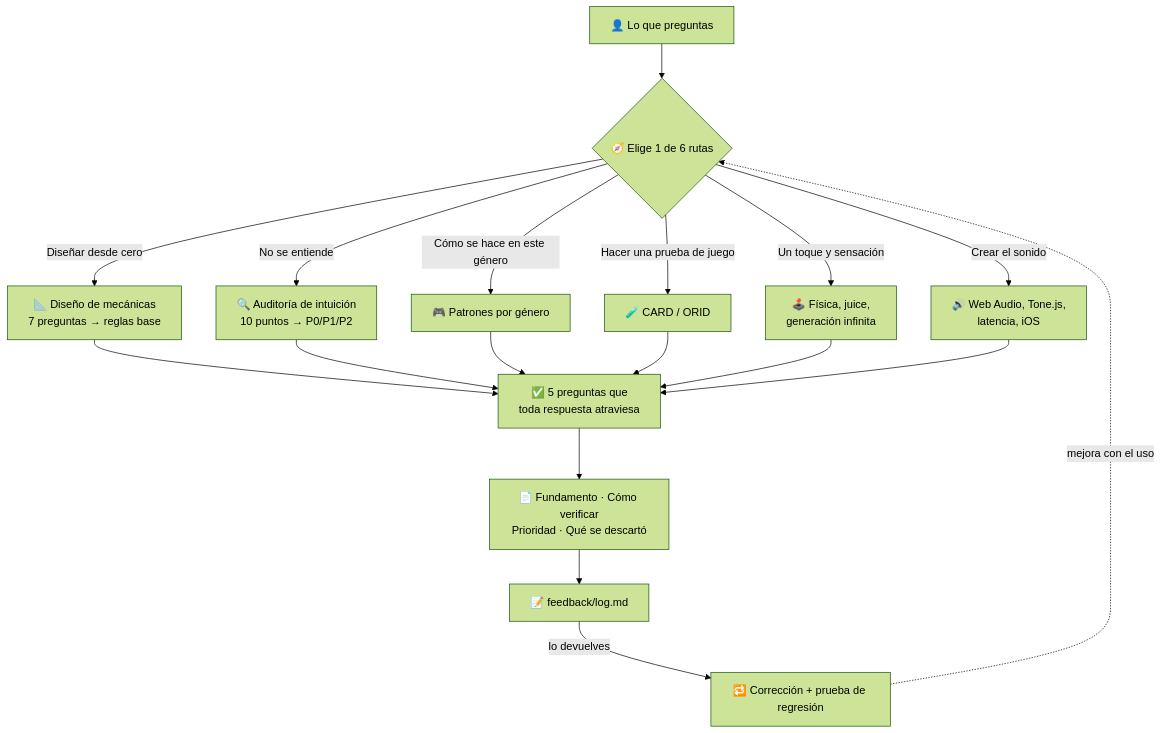
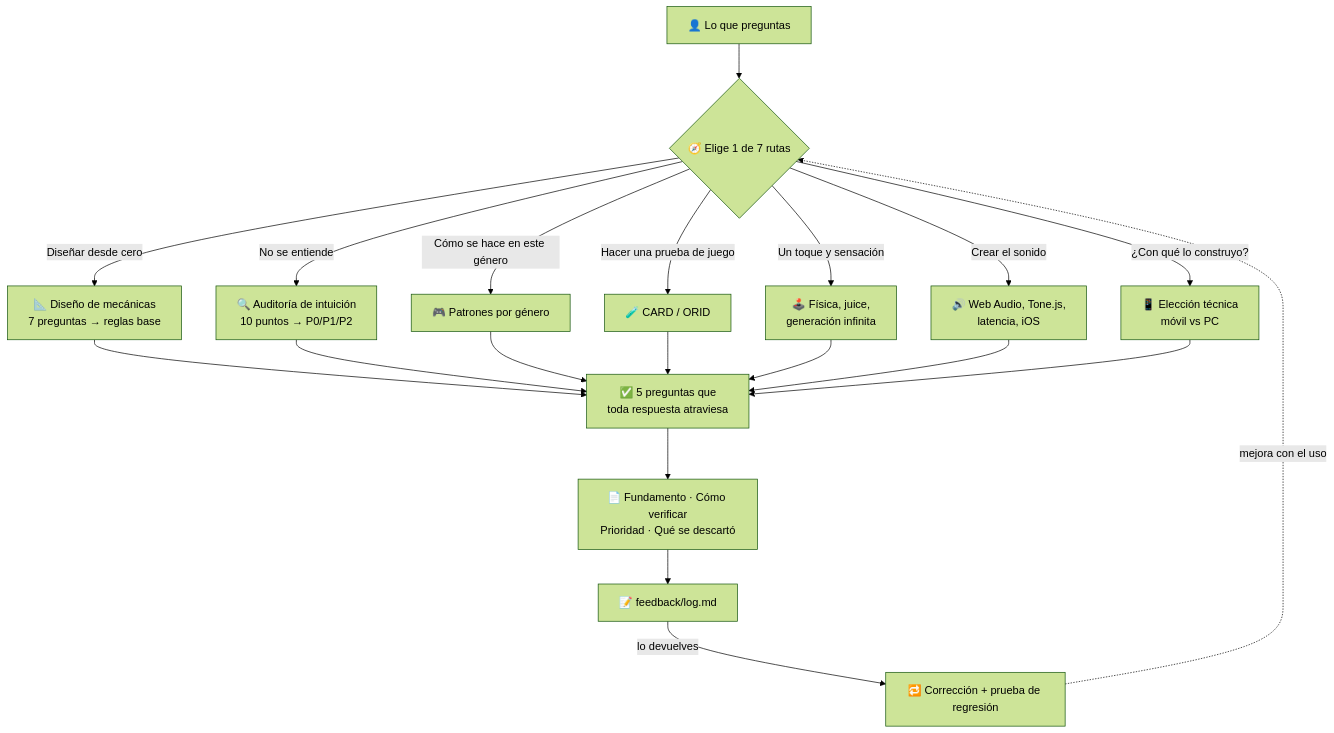
The diagram in README.es.md (takaoumehara/intuitive-game-design-skill), drawn with Mermaid (forest theme) before and after one commit. The commit also changed other lines of this file and 7 other files, not shown here.

````diff
--- a/README.es.md
+++ b/README.es.md
@@ -24,17 +24,18 @@
 ```mermaid
 flowchart TD
-    U["👤 Lo que preguntas"] --> R{"🧭 Elige 1 de 6 rutas"}
+    U["👤 Lo que preguntas"] --> R{"🧭 Elige 1 de 7 rutas"}
 
     R -->|"Diseñar desde cero"| A["📐 Diseño de mecánicas<br/>7 preguntas → reglas base"]
     R -->|"No se entiende"| B["🔍 Auditoría de intuición<br/>10 puntos → P0/P1/P2"]
     R -->|"Cómo se hace en este género"| C["🎮 Patrones por género"]
     R -->|"Hacer una prueba de juego"| D["🧪 CARD / ORID"]
     R -->|"Un toque y sensación"| E["🕹️ Física, juice,<br/>generación infinita"]
     R -->|"Crear el sonido"| F["🔊 Web Audio, Tone.js,<br/>latencia, iOS"]
+    R -->|"¿Con qué lo construyo?"| G["📱 Elección técnica<br/>móvil vs PC"]
 
-    A & B & C & D & E & F --> Q["✅ 5 preguntas que<br/>toda respuesta atraviesa"]
+    A & B & C & D & E & F & G --> Q["✅ 5 preguntas que<br/>toda respuesta atraviesa"]
     Q --> O["📄 Fundamento · Cómo verificar<br/>Prioridad · Qué se descartó"]
     O --> L["📝 feedback/log.md"]
     L -->|"lo devuelves"| FIX["🔁 Corrección + prueba de regresión"]
     FIX -.->|"mejora con el uso"| R
 ```
````
